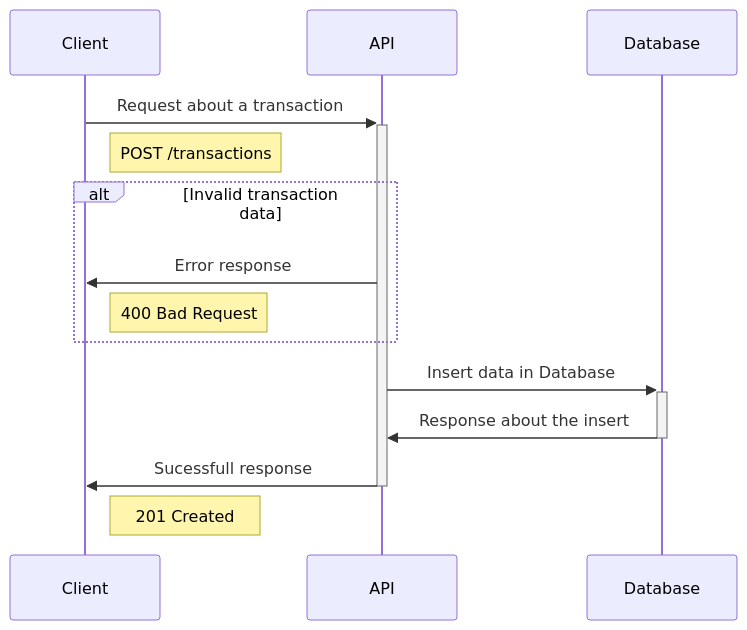
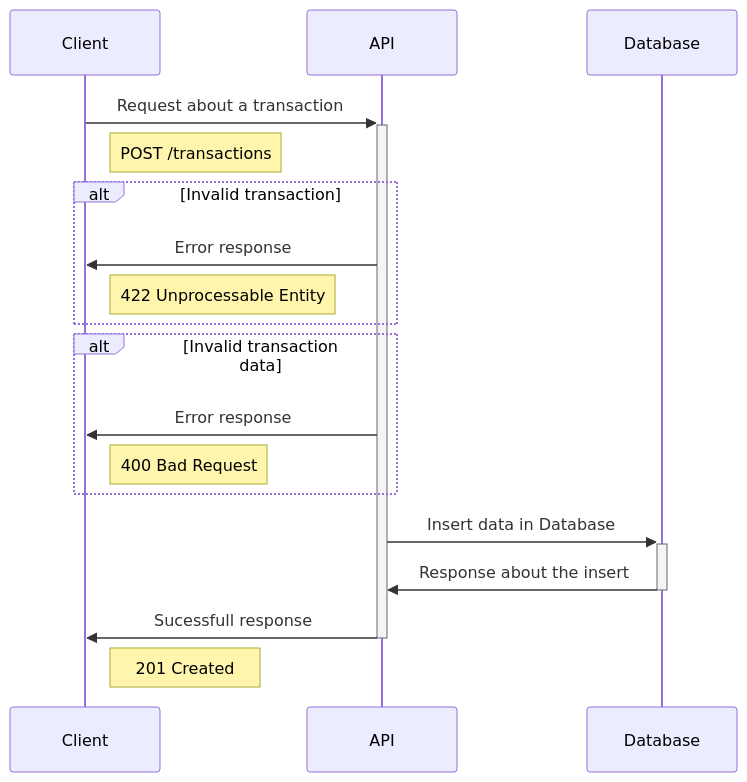
Before and after one commit to gabrielmvnog/bank-account: the fourth of 4 diagrams in README.md, drawn with Mermaid. The commit also changed other lines of this file, not shown here.

````diff
--- a/README.md
+++ b/README.md
@@ -140,16 +148,21 @@
 ```mermaid
 sequenceDiagram
     Client->>+API: Request about a transaction
     Note right of Client: POST /transactions
+
+    alt Invalid transaction
+        API->>Client: Error response
+        Note right of Client: 422 Unprocessable Entity
+    end
 
     alt Invalid transaction data
         API->>Client: Error response
         Note right of Client: 400 Bad Request
     end
 
     API->>+Database: Insert data in Database    
     Database->>-API: Response about the insert    
 
     API->>-Client: Sucessfull response
     Note right of Client: 201 Created
 ```
````
